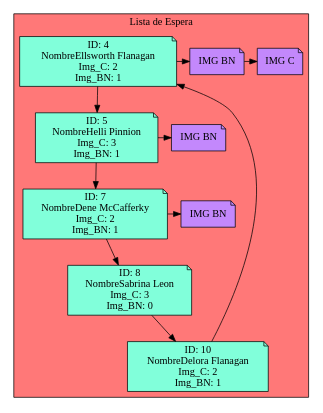
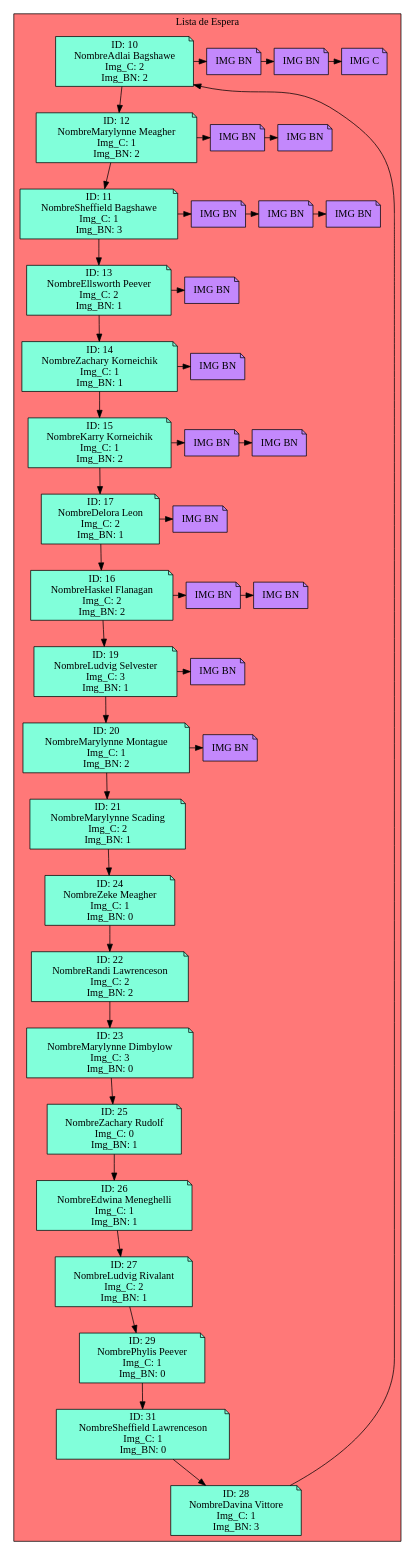
One commit to Serch-ING/EDD_UDRAWING_202000119 changed the diagram in Circular_Doble_espera.dot. Above: the diagram before and after it, drawn with Graphviz. The commit also changed 17 other files, not shown here.

```diff
--- a/Circular_Doble_espera.dot
+++ b/Circular_Doble_espera.dot
@@ -1,46 +1,164 @@
 digraph L {
 node[shape=note fillcolor="#A181FF" style =filled]
 subgraph cluster_p{
     label= "Lista de Espera "
     bgcolor = "#FF7878"
-Nodo1928931046[label="ID: 4
-NombreEllsworth Flanagan
+Nodo306115458[label="ID: 10
+NombreAdlai Bagshawe
+Img_C: 2
+Img_BN: 2",fillcolor="#81FFDA"]
+Nodo1390869998[label="ID: 12
+NombreMarylynne Meagher
+Img_C: 1
+Img_BN: 2",fillcolor="#81FFDA"]
+Nodo1820383114[label="ID: 11
+NombreSheffield Bagshawe
+Img_C: 1
+Img_BN: 3",fillcolor="#81FFDA"]
+Nodo1961173763[label="ID: 13
+NombreEllsworth Peever
 Img_C: 2
 Img_BN: 1",fillcolor="#81FFDA"]
-Nodo745962066[label="ID: 5
-NombreHelli Pinnion
+Nodo771775563[label="ID: 14
+NombreZachary Korneichik
+Img_C: 1
+Img_BN: 1",fillcolor="#81FFDA"]
+Nodo7967307[label="ID: 15
+NombreKarry Korneichik
+Img_C: 1
+Img_BN: 2",fillcolor="#81FFDA"]
+Nodo232307208[label="ID: 17
+NombreDelora Leon
+Img_C: 2
+Img_BN: 1",fillcolor="#81FFDA"]
+Nodo609962972[label="ID: 16
+NombreHaskel Flanagan
+Img_C: 2
+Img_BN: 2",fillcolor="#81FFDA"]
+Nodo489349054[label="ID: 19
+NombreLudvig Selvester
 Img_C: 3
 Img_BN: 1",fillcolor="#81FFDA"]
-Nodo514455215[label="ID: 7
-NombreDene McCafferky
+Nodo915416632[label="ID: 20
+NombreMarylynne Montague
+Img_C: 1
+Img_BN: 2",fillcolor="#81FFDA"]
+Nodo2131670196[label="ID: 21
+NombreMarylynne Scading
 Img_C: 2
 Img_BN: 1",fillcolor="#81FFDA"]
-Nodo116237769[label="ID: 8
-NombreSabrina Leon
+Nodo1536031937[label="ID: 24
+NombreZeke Meagher
+Img_C: 1
+Img_BN: 0",fillcolor="#81FFDA"]
+Nodo798981583[label="ID: 22
+NombreRandi Lawrenceson
+Img_C: 2
+Img_BN: 2",fillcolor="#81FFDA"]
+Nodo1793799654[label="ID: 23
+NombreMarylynne Dimbylow
 Img_C: 3
 Img_BN: 0",fillcolor="#81FFDA"]
-Nodo2036127838[label="ID: 10
-NombreDelora Flanagan
+Nodo310623126[label="ID: 25
+NombreZachary Rudolf
+Img_C: 0
+Img_BN: 1",fillcolor="#81FFDA"]
+Nodo341796579[label="ID: 26
+NombreEdwina Meneghelli
+Img_C: 1
+Img_BN: 1",fillcolor="#81FFDA"]
+Nodo1297978429[label="ID: 27
+NombreLudvig Rivalant
 Img_C: 2
 Img_BN: 1",fillcolor="#81FFDA"]
+Nodo915349526[label="ID: 29
+NombrePhylis Peever
+Img_C: 1
+Img_BN: 0",fillcolor="#81FFDA"]
+Nodo2005435445[label="ID: 31
+NombreSheffield Lawrenceson
+Img_C: 1
+Img_BN: 0",fillcolor="#81FFDA"]
+Nodo1939990953[label="ID: 28
+NombreDavina Vittore
+Img_C: 1
+Img_BN: 3",fillcolor="#81FFDA"]
 
-Nodo1928931046 -> Nodo745962066
-Nodo1928931046->Nodo192893104600001
-Nodo192893104600001[label="IMG BN",fillcolor="#C388FC"]
-Nodo192893104600001->Nodo192893104611111
-Nodo192893104611111[label="IMG C",fillcolor="#C388FC"]
-{rank=same;Nodo1928931046,Nodo192893104600001,Nodo192893104611111}
-Nodo745962066 -> Nodo514455215
-Nodo745962066->Nodo74596206600001
-Nodo74596206600001[label="IMG BN",fillcolor="#C388FC"]
-{rank=same;Nodo745962066,Nodo74596206600001}
-Nodo514455215 -> Nodo116237769
-Nodo514455215->Nodo51445521500001
-Nodo51445521500001[label="IMG BN",fillcolor="#C388FC"]
-{rank=same;Nodo514455215,Nodo51445521500001}
-Nodo116237769 -> Nodo2036127838
+Nodo306115458 -> Nodo1390869998
+Nodo306115458->Nodo30611545800001
+Nodo30611545800001[label="IMG BN",fillcolor="#C388FC"]Nodo30611545800001->Nodo30611545800002
+Nodo30611545800002[label="IMG BN",fillcolor="#C388FC"]
+Nodo30611545800002->Nodo30611545811111
+Nodo30611545811111[label="IMG C",fillcolor="#C388FC"]
+{rank=same;Nodo306115458,Nodo30611545800001,Nodo30611545800002,Nodo30611545811111}
+Nodo1390869998 -> Nodo1820383114
+Nodo1390869998->Nodo139086999800001
+Nodo139086999800001[label="IMG BN",fillcolor="#C388FC"]Nodo139086999800001->Nodo139086999800002
+Nodo139086999800002[label="IMG BN",fillcolor="#C388FC"]
+{rank=same;Nodo1390869998,Nodo139086999800001,Nodo139086999800002}
+Nodo1820383114 -> Nodo1961173763
+Nodo1820383114->Nodo182038311400001
+Nodo182038311400001[label="IMG BN",fillcolor="#C388FC"]Nodo182038311400001->Nodo182038311400002
+Nodo182038311400002[label="IMG BN",fillcolor="#C388FC"]Nodo182038311400002->Nodo182038311400003
+Nodo182038311400003[label="IMG BN",fillcolor="#C388FC"]
+{rank=same;Nodo1820383114,Nodo182038311400001,Nodo182038311400002,Nodo182038311400003}
+Nodo1961173763 -> Nodo771775563
+Nodo1961173763->Nodo196117376300001
+Nodo196117376300001[label="IMG BN",fillcolor="#C388FC"]
+{rank=same;Nodo1961173763,Nodo196117376300001}
+Nodo771775563 -> Nodo7967307
+Nodo771775563->Nodo77177556300001
+Nodo77177556300001[label="IMG BN",fillcolor="#C388FC"]
+{rank=same;Nodo771775563,Nodo77177556300001}
+Nodo7967307 -> Nodo232307208
+Nodo7967307->Nodo796730700001
+Nodo796730700001[label="IMG BN",fillcolor="#C388FC"]Nodo796730700001->Nodo796730700002
+Nodo796730700002[label="IMG BN",fillcolor="#C388FC"]
+{rank=same;Nodo7967307,Nodo796730700001,Nodo796730700002}
+Nodo232307208 -> Nodo609962972
+Nodo232307208->Nodo23230720800001
+Nodo23230720800001[label="IMG BN",fillcolor="#C388FC"]
+{rank=same;Nodo232307208,Nodo23230720800001}
+Nodo609962972 -> Nodo489349054
+Nodo609962972->Nodo60996297200001
+Nodo60996297200001[label="IMG BN",fillcolor="#C388FC"]Nodo60996297200001->Nodo60996297200002
+Nodo60996297200002[label="IMG BN",fillcolor="#C388FC"]
+{rank=same;Nodo609962972,Nodo60996297200001,Nodo60996297200002}
+Nodo489349054 -> Nodo915416632
+Nodo489349054->Nodo48934905400001
+Nodo48934905400001[label="IMG BN",fillcolor="#C388FC"]
+{rank=same;Nodo489349054,Nodo48934905400001}
+Nodo915416632 -> Nodo2131670196
+Nodo915416632->Nodo91541663200001
+Nodo91541663200001[label="IMG BN",fillcolor="#C388FC"]
+{rank=same;Nodo915416632,Nodo91541663200001}
+Nodo2131670196 -> Nodo1536031937
 
-{rank=same;Nodo116237769}
-Nodo2036127838 -> Nodo1928931046
+{rank=same;Nodo2131670196}
+Nodo1536031937 -> Nodo798981583
 
-{rank=same;Nodo2036127838}}}
+{rank=same;Nodo1536031937}
+Nodo798981583 -> Nodo1793799654
+
+{rank=same;Nodo798981583}
+Nodo1793799654 -> Nodo310623126
+
+{rank=same;Nodo1793799654}
+Nodo310623126 -> Nodo341796579
+
+{rank=same;Nodo310623126}
+Nodo341796579 -> Nodo1297978429
+
+{rank=same;Nodo341796579}
+Nodo1297978429 -> Nodo915349526
+
+{rank=same;Nodo1297978429}
+Nodo915349526 -> Nodo2005435445
+
+{rank=same;Nodo915349526}
+Nodo2005435445 -> Nodo1939990953
+
+{rank=same;Nodo2005435445}
+Nodo1939990953 -> Nodo306115458
+
+{rank=same;Nodo1939990953}}}
```
